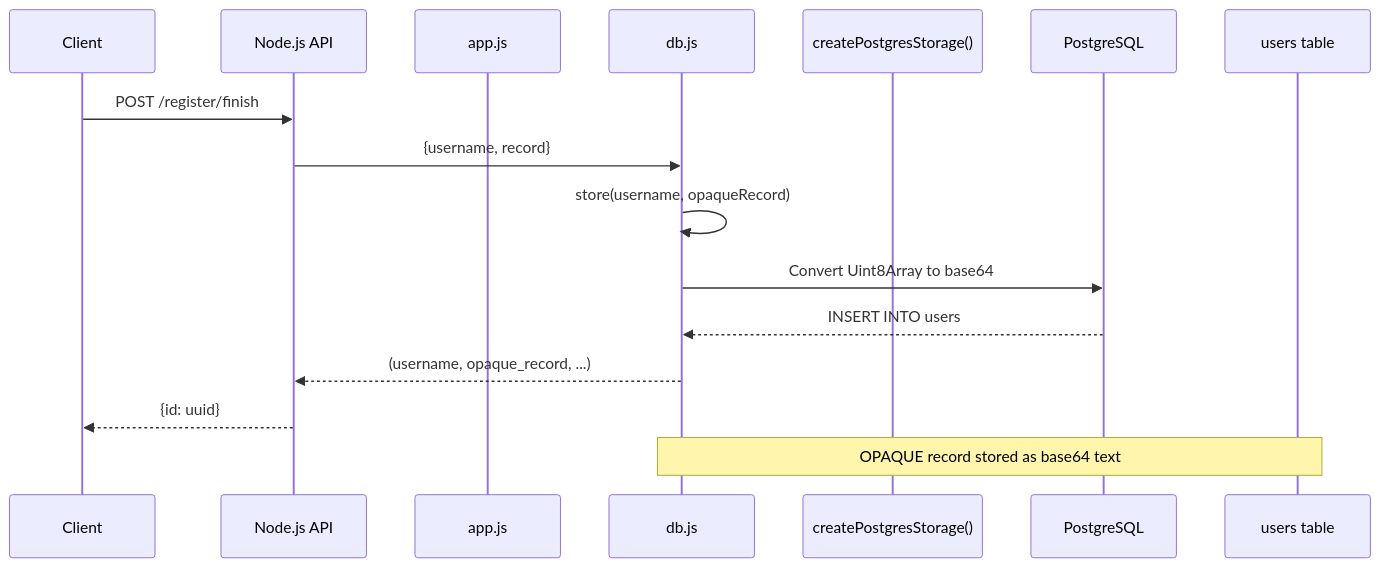
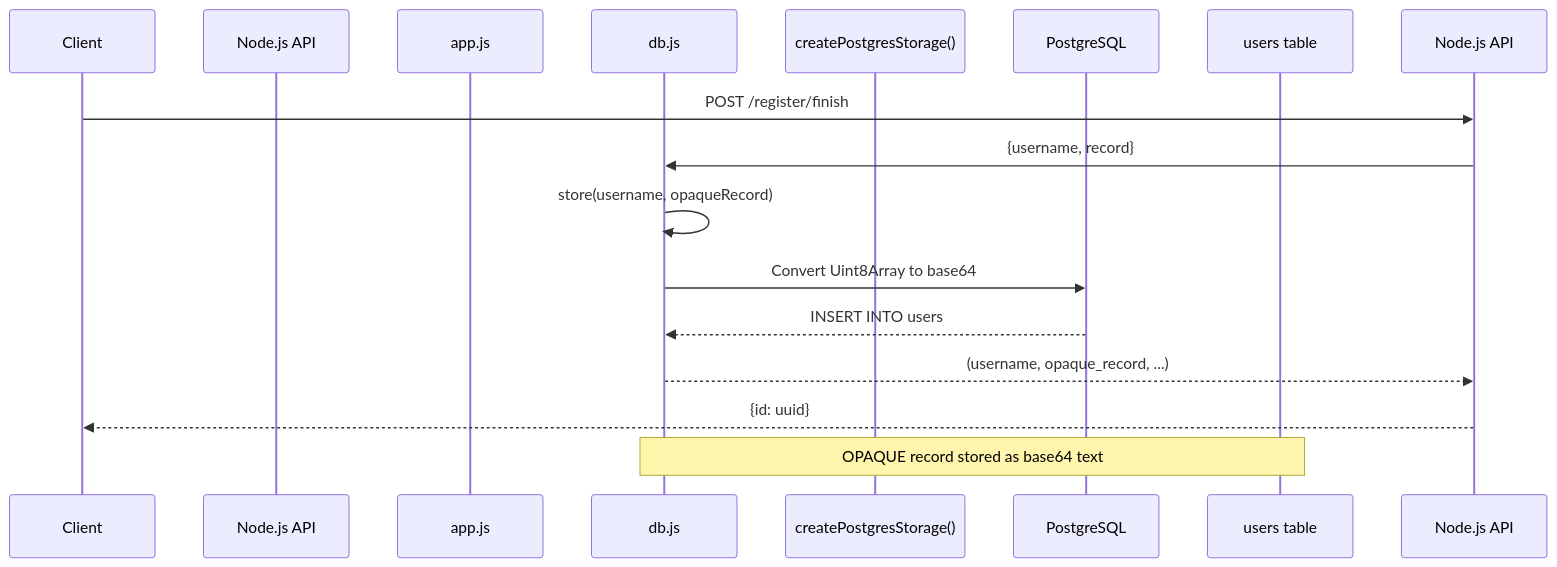
One commit to RogueElectron/Cypher changed the third of 11 diagrams in docs/Data-Layer.md. Above: the diagram before and after it, drawn with Mermaid. The commit also changed other lines of this file and 13 other files, not shown here.

````diff
--- a/docs/Data-Layer.md
+++ b/docs/Data-Layer.md
@@ -168,19 +168,19 @@
 ```mermaid
 sequenceDiagram
   participant Client
-  participant Node.js API
-  participant app.js
+  participant NodeAPI as Node.js API
+  participant App as app.js
   participant db.js
   participant createPostgresStorage()
   participant PostgreSQL
   participant users table
 
   Client->>Node.js API: POST /register/finish
   Node.js API->>db.js: {username, record}
   db.js->>db.js: store(username, opaqueRecord)
   db.js->>PostgreSQL: Convert Uint8Array to base64
   PostgreSQL-->>db.js: INSERT INTO users
   db.js-->>Node.js API: (username, opaque_record, ...)
   Node.js API-->>Client: {id: uuid}
   note over db.js,users table: OPAQUE record stored as base64 text
 ```
````
